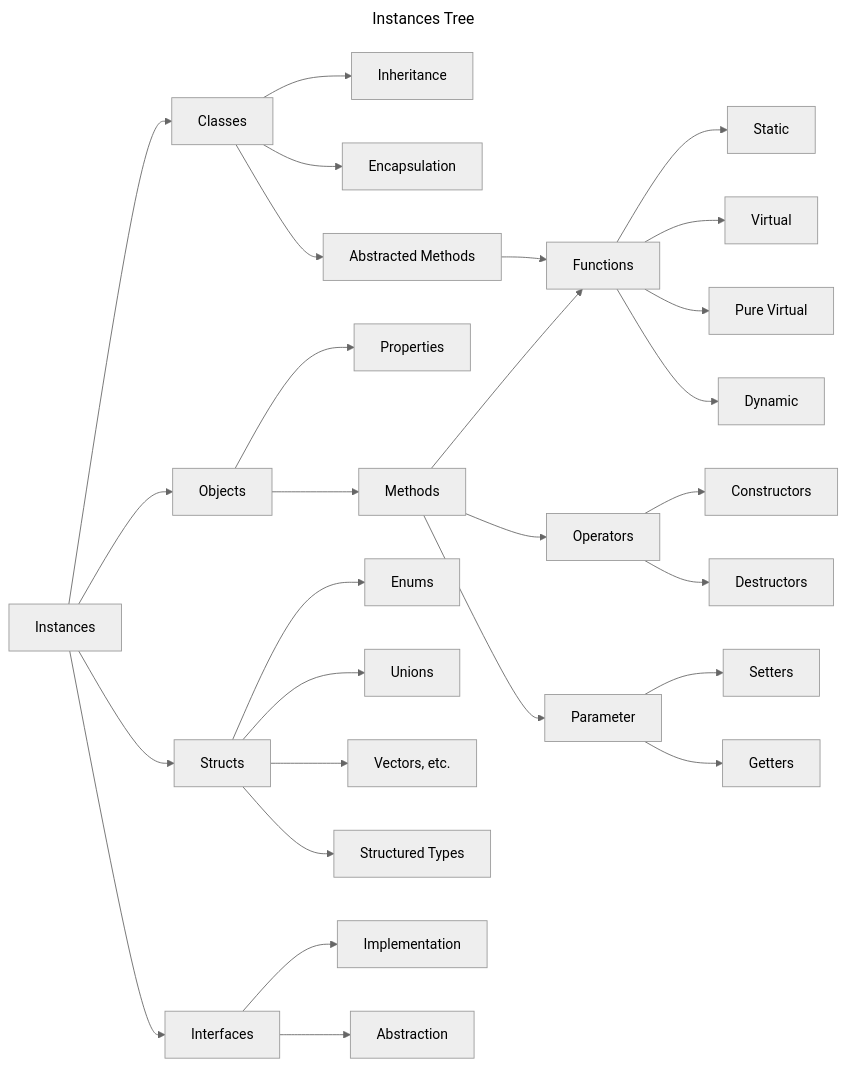
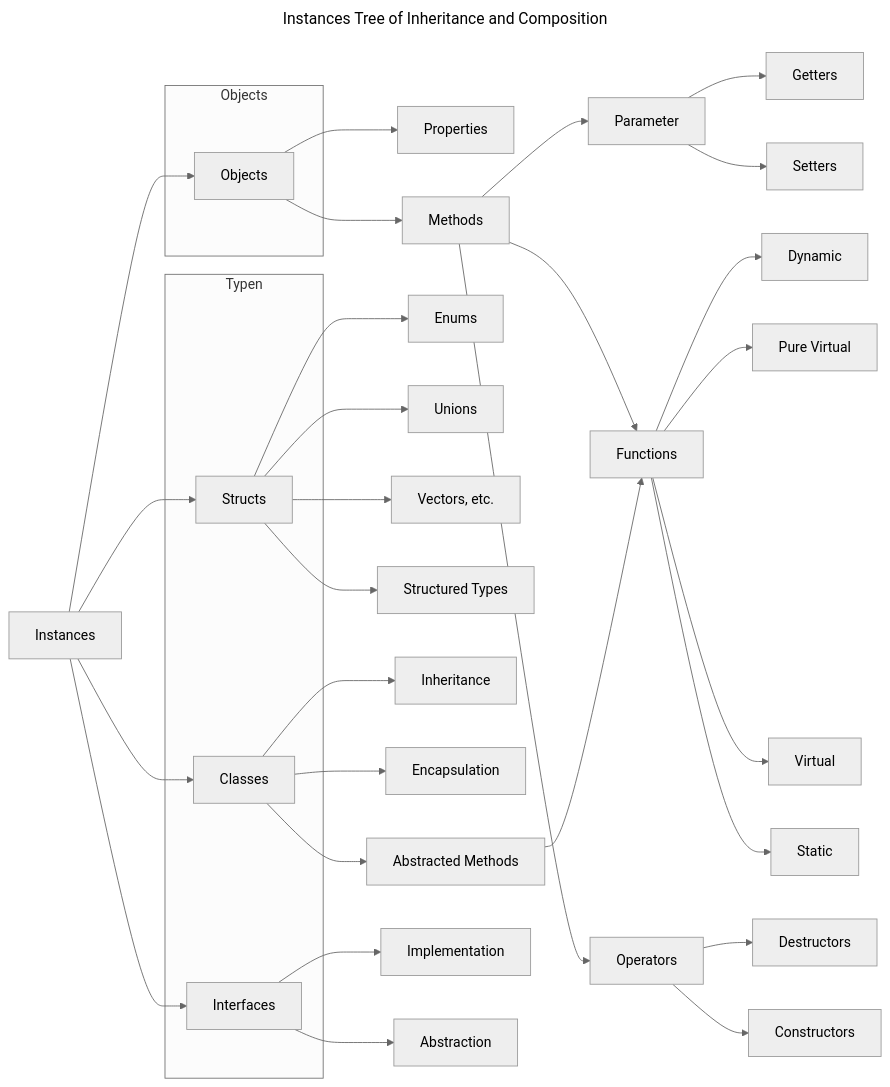
One commit to DevKiDCosmo/Cosmolang-Core changed the second of 2 diagrams in keywords.md. Above: the diagram before and after it, drawn with Mermaid (neutral theme).

Commit message:
Update mermaid diagram title and enhance structure for clarity in instances representation

````diff
--- a/keywords.md
+++ b/keywords.md
@@ -162,40 +162,49 @@
 ```mermaid
 ---
-title: Instances Tree
+title: Instances Tree of Inheritance and Composition
 ---
 graph LR
     A[Instances] --> B[Classes]
+    subgraph Typen
+        B[Classes]
+        D[Structs]
+        E[Interfaces]
+    end
     A --> C[Objects]
     A --> D[Structs]
     A --> E[Interfaces]
+    
+    subgraph Objects
+        C[Objects]
+    end
     
     C --> G[Properties]
     C --> H[Methods]
     
     H --> Z[Functions]
     Z --> I[Static]
     Z --> J[Virtual]
     Z --> K[Pure Virtual]
     Z --> L[Dynamic]
     
     H --> M[Operators]
     M --> Y[Constructors]
     M --> X[Destructors]
 
     H --> O[Parameter]
     O --> N[Setters]
     O --> W[Getters]
     
     D --> F[Enums]
     D --> V[Unions]
     D --> T[Vectors, etc.]
     D --> S[Structured Types]
     
     B --> Q[Inheritance]
     B --> P[Encapsulation]
     B --> z[Abstracted Methods]
     z --> Z
     
     E --> R[Implementation]
     E --> U[Abstraction]
 ```
````
